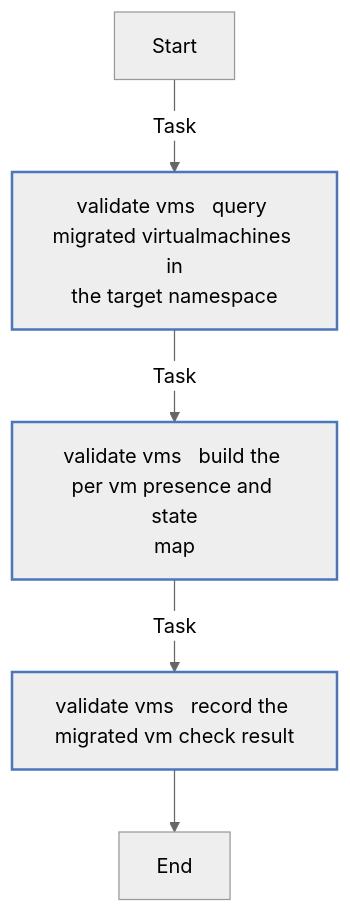
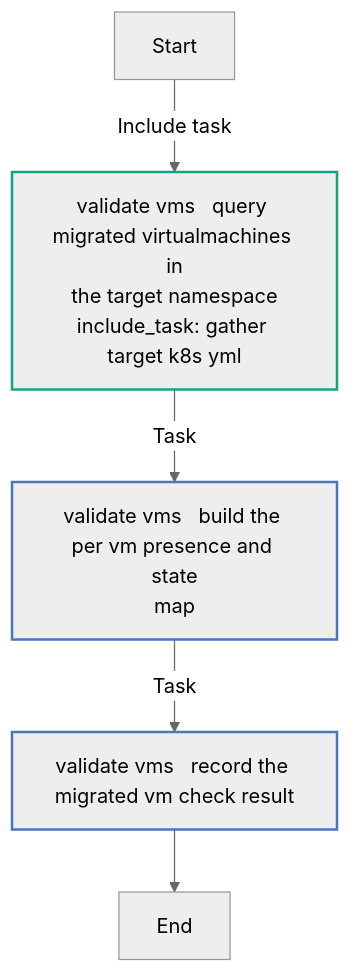
Diagram 13 of 13 in roles/validate_migration/README.md (redhat-cop/openshift_virtualization_migration), drawn with Mermaid (neutral theme) before and after one commit. The commit also changed other lines of this file and 10 other files, not shown here.

````diff
--- a/roles/validate_migration/README.md
+++ b/roles/validate_migration/README.md
@@ -557,17 +605,17 @@
 ```mermaid
 flowchart TD
 Start
 classDef block stroke:#3498db,stroke-width:2px;
 classDef task stroke:#4b76bb,stroke-width:2px;
 classDef includeTasks stroke:#16a085,stroke-width:2px;
 classDef importTasks stroke:#34495e,stroke-width:2px;
 classDef includeRole stroke:#2980b9,stroke-width:2px;
 classDef importRole stroke:#699ba7,stroke-width:2px;
 classDef includeVars stroke:#8e44ad,stroke-width:2px;
 classDef rescue stroke:#665352,stroke-width:2px;
 
-  Start-->|Task| validate_vms___Query_migrated_VirtualMachines_in_the_target_namespace0[validate vms   query migrated virtualmachines in<br>the target namespace]:::task
-  validate_vms___Query_migrated_VirtualMachines_in_the_target_namespace0-->|Task| validate_vms___Build_the_per_VM_presence_and_state_map1[validate vms   build the per vm presence and state<br>map]:::task
+  Start-->|Include task| validate_vms___Query_migrated_VirtualMachines_in_the_target_namespace_gather_target_k8s_yml_0[validate vms   query migrated virtualmachines in<br>the target namespace<br>include_task: gather target k8s yml]:::includeTasks
+  validate_vms___Query_migrated_VirtualMachines_in_the_target_namespace_gather_target_k8s_yml_0-->|Task| validate_vms___Build_the_per_VM_presence_and_state_map1[validate vms   build the per vm presence and state<br>map]:::task
   validate_vms___Build_the_per_VM_presence_and_state_map1-->|Task| validate_vms___Record_the_migrated_VM_check_result2[validate vms   record the migrated vm check result]:::task
   validate_vms___Record_the_migrated_VM_check_result2-->End
 ```
````
